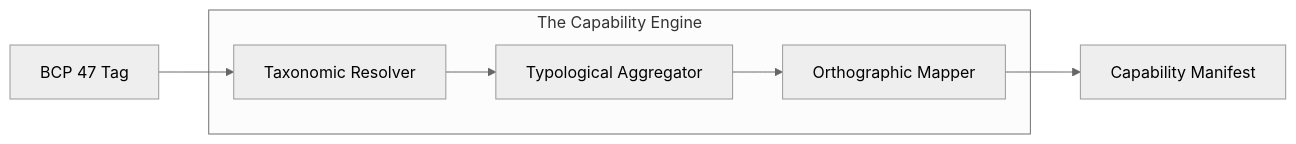
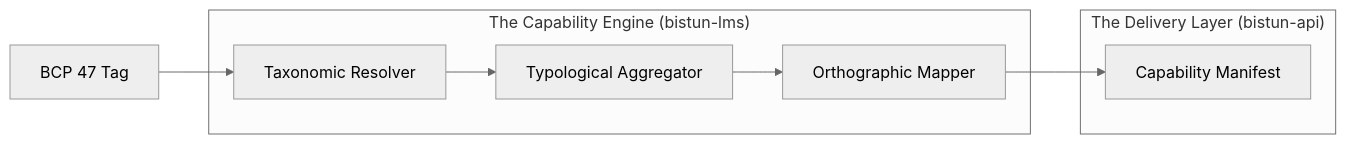
Before and after one commit to fwazeter/bistun: the diagram in README.md, drawn with Mermaid (neutral theme). The commit also changed other lines of this file and 1 other file, not shown here.

````diff
--- a/README.md
+++ b/README.md
@@ -22,12 +51,16 @@
 ```mermaid
 graph LR
     A[BCP 47 Tag] --> B[Taxonomic Resolver]
     B --> C[Typological Aggregator]
     C --> D[Orthographic Mapper]
     D --> E[Capability Manifest]
-    subgraph "The Capability Engine"
+    subgraph "The Capability Engine (bistun-lms)"
     B
     C
     D
     end
+    subgraph "The Delivery Layer (bistun-api)"
+    E
+    end
+
 ```
````
